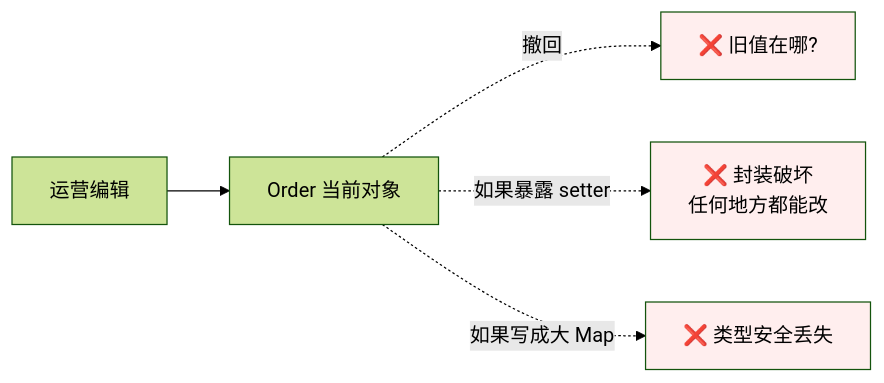
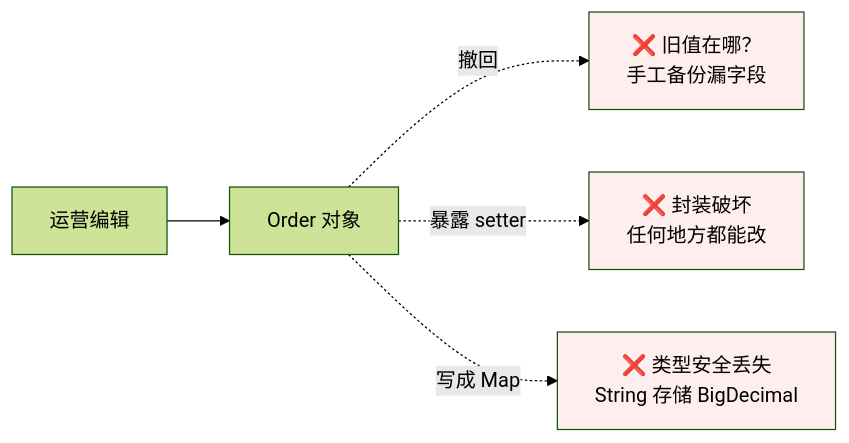
Before and after one commit to chongyang211/YCBookBlog: the first of 6 diagrams in docs/08.编程/03.巧学设计模式/20.备忘录模式设计思想.md, drawn with Mermaid (forest theme). The commit also changed other lines of this file and 13 other files, not shown here.

````diff
--- a/docs/08.编程/03.巧学设计模式/20.备忘录模式设计思想.md
+++ b/docs/08.编程/03.巧学设计模式/20.备忘录模式设计思想.md
@@ -62,10 +111,10 @@
 ```mermaid
 flowchart LR
-    E[运营编辑] --> O[Order 当前对象]
-    O -.撤回.-> Q[❌ 旧值在哪?]
-    O -.如果暴露 setter.-> Q2[❌ 封装破坏<br/>任何地方都能改]
-    O -.如果写成大 Map.-> Q3[❌ 类型安全丢失]
-    style Q fill:#fee
+    E[运营编辑] --> O[Order 对象]
+    O -.撤回.-> Q1[❌ 旧值在哪？<br/>手工备份漏字段]
+    O -.暴露 setter.-> Q2[❌ 封装破坏<br/>任何地方都能改]
+    O -.写成 Map.-> Q3[❌ 类型安全丢失<br/>String 存储 BigDecimal]
+    style Q1 fill:#fee
     style Q2 fill:#fee
     style Q3 fill:#fee
 ```
````
